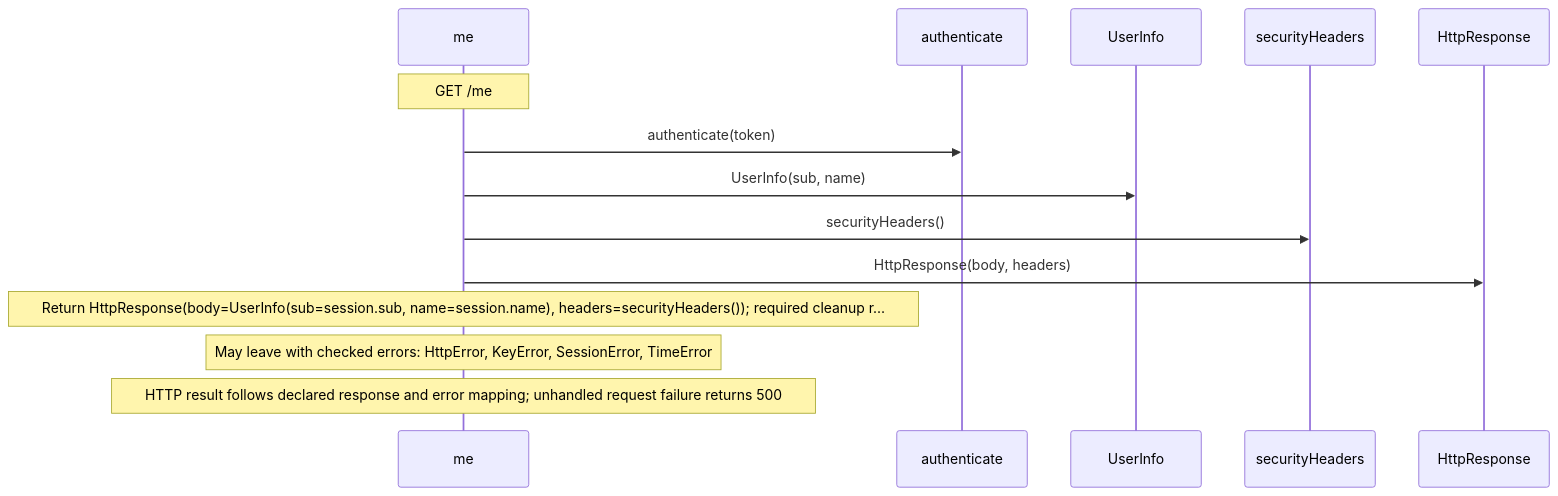
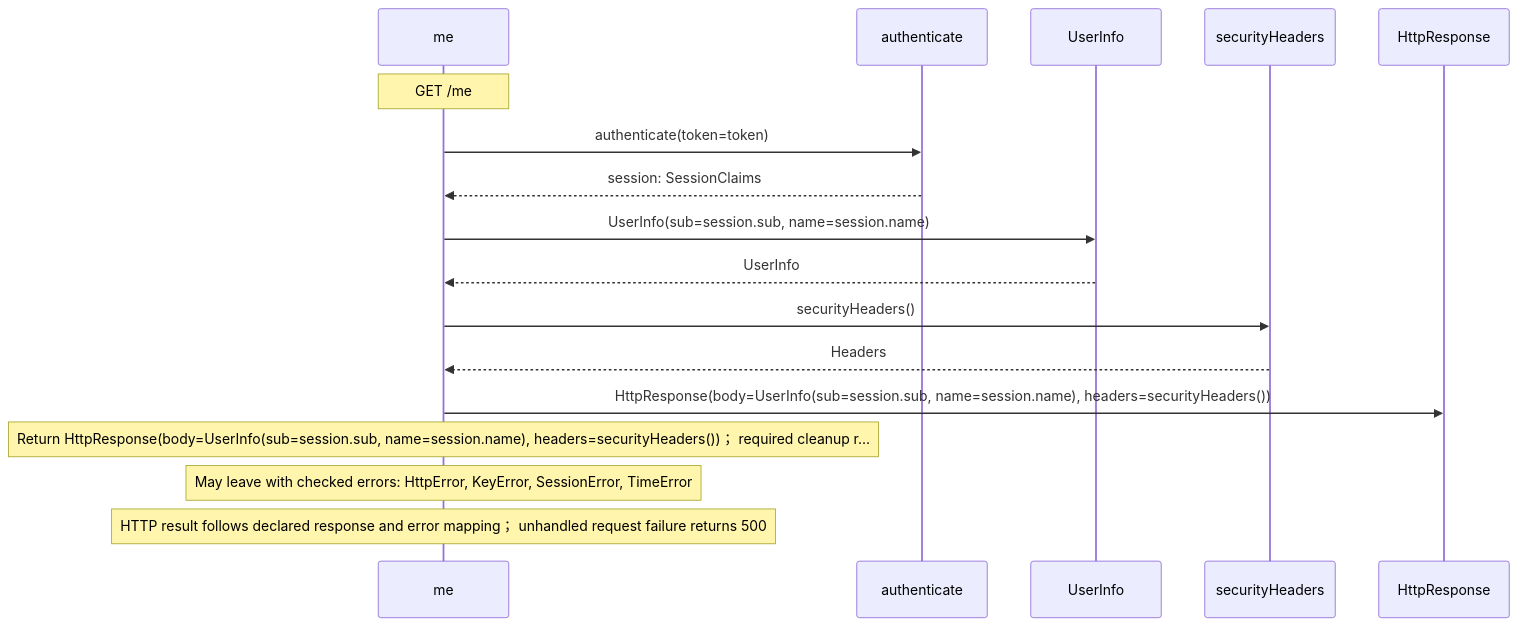
One commit to GreenPandaStudios/augscript changed the fourth of 4 diagrams in docs/examples/oidc-login/client/endpoints-diagrams.md. Above: the diagram before and after it, drawn with Mermaid. The commit also changed other lines of this file and 524 other files, not shown here.

Commit message:
Explain checked data flow at folder and service levels

````diff
--- a/docs/examples/oidc-login/client/endpoints-diagrams.md
+++ b/docs/examples/oidc-login/client/endpoints-diagrams.md
@@ -111,16 +116,19 @@
 ```mermaid
 sequenceDiagram
     participant p0 as me
     participant p1 as authenticate
     participant p2 as UserInfo
     participant p3 as securityHeaders
     participant p4 as HttpResponse
     Note over p0: GET /me
-    p0->>p1: authenticate(token)
-    p0->>p2: UserInfo(sub, name)
+    p0->>p1: authenticate(token=token)
+    p1-->>p0: session: SessionClaims
+    p0->>p2: UserInfo(sub=session.sub, name=session.name)
+    p2-->>p0: UserInfo
     p0->>p3: securityHeaders()
-    p0->>p4: HttpResponse(body, headers)
-    Note over p0: Return HttpResponse(body=UserInfo(sub=session.sub, name=session.name), headers=securityHeaders())#59; required cleanup r…
+    p3-->>p0: Headers
+    p0->>p4: HttpResponse(body=UserInfo(sub=session.sub, name=session.name), headers=securityHeaders())
+    Note over p0: Return HttpResponse(body=UserInfo(sub=session.sub, name=session.name), headers=securityHeaders())； required cleanup r…
     Note over p0: May leave with checked errors: HttpError, KeyError, SessionError, TimeError
-    Note over p0: HTTP result follows declared response and error mapping#59; unhandled request failure returns 500
+    Note over p0: HTTP result follows declared response and error mapping； unhandled request failure returns 500
 ```
````
